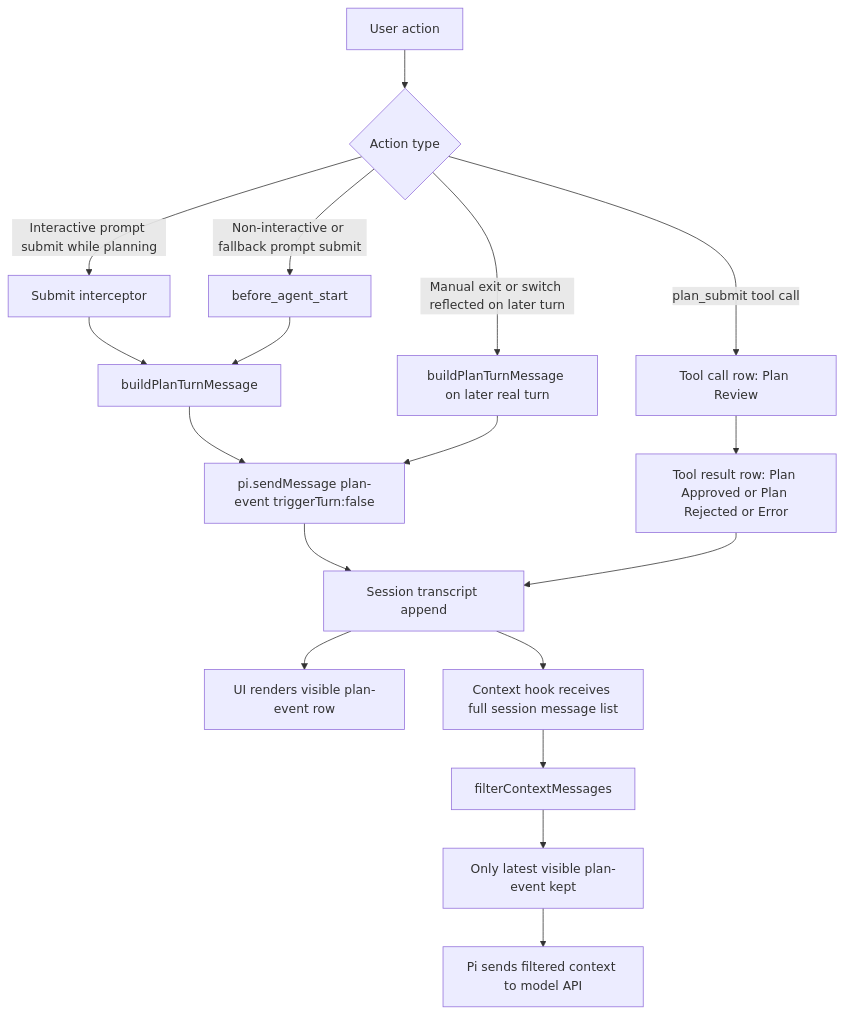
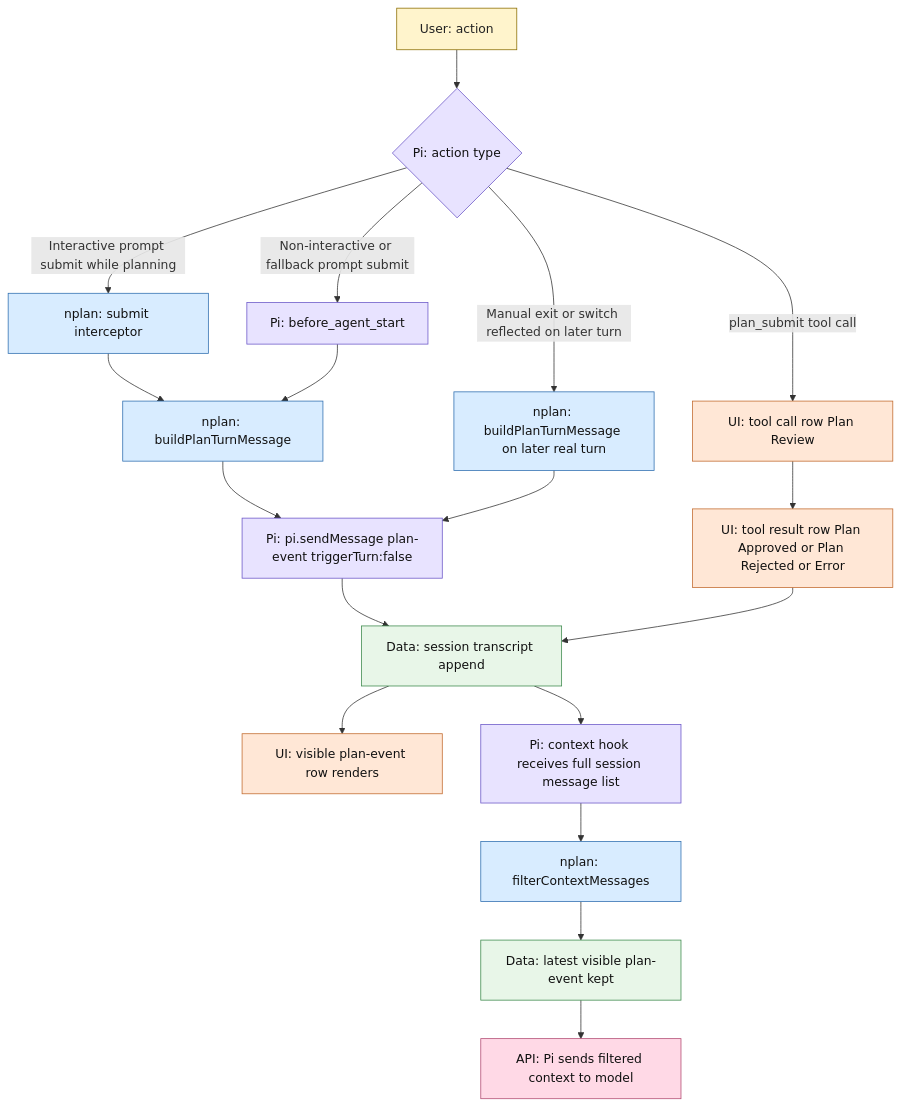
Before and after one commit to pyronaur/nplan: the first of 5 diagrams in docs/planning-message-lifecycle.md, drawn with Mermaid. The commit also changed other lines of this file, not shown here.

First line of the commit message:
Clarify ownership boundaries in planning message lifecycle docs

````diff
--- a/docs/planning-message-lifecycle.md
+++ b/docs/planning-message-lifecycle.md
@@ -28,25 +37,38 @@
 ```mermaid
 flowchart TD
-    A[User action] --> B{Action type}
+    A[User: action] --> B{Pi: action type}
 
-    B -->|Interactive prompt submit while planning| C[Submit interceptor]
-    C --> D[buildPlanTurnMessage]
-    D --> E[pi.sendMessage plan-event triggerTurn:false]
-    E --> F[Session transcript append]
-    F --> G[UI renders visible plan-event row]
+    B -->|Interactive prompt submit while planning| C[nplan: submit interceptor]
+    C --> D[nplan: buildPlanTurnMessage]
+    D --> E[Pi: pi.sendMessage plan-event triggerTurn:false]
+    E --> F[Data: session transcript append]
+    F --> G[UI: visible plan-event row renders]
 
-    B -->|Non-interactive or fallback prompt submit| H[before_agent_start]
+    B -->|Non-interactive or fallback prompt submit| H[Pi: before_agent_start]
     H --> D
 
-    B -->|plan_submit tool call| I[Tool call row: Plan Review]
-    I --> J[Tool result row: Plan Approved or Plan Rejected or Error]
+    B -->|plan_submit tool call| I[UI: tool call row Plan Review]
+    I --> J[UI: tool result row Plan Approved or Plan Rejected or Error]
     J --> F
 
-    B -->|Manual exit or switch reflected on later turn| K[buildPlanTurnMessage on later real turn]
+    B -->|Manual exit or switch reflected on later turn| K[nplan: buildPlanTurnMessage on later real turn]
     K --> E
 
-    F --> L[Context hook receives full session message list]
-    L --> M[filterContextMessages]
-    M --> N[Only latest visible plan-event kept]
-    N --> O[Pi sends filtered context to model API]
+    F --> L[Pi: context hook receives full session message list]
+    L --> M[nplan: filterContextMessages]
+    M --> N[Data: latest visible plan-event kept]
+    N --> O[API: Pi sends filtered context to model]
+
+    classDef user fill:#fff4cc,stroke:#8a6d00,color:#222;
+    classDef nplan fill:#d8ecff,stroke:#2f6fb0,color:#111;
+    classDef pi fill:#e8e3ff,stroke:#6b57c8,color:#111;
+    classDef data fill:#e8f6e8,stroke:#3d8a4d,color:#111;
+    classDef ui fill:#ffe7d6,stroke:#c26a2e,color:#111;
+    classDef api fill:#ffd9e6,stroke:#b24b72,color:#111;
+    class A user;
+    class C,D,K,M nplan;
+    class B,E,H,L pi;
+    class F,N data;
+    class G,I,J ui;
+    class O api;
 ```
````
